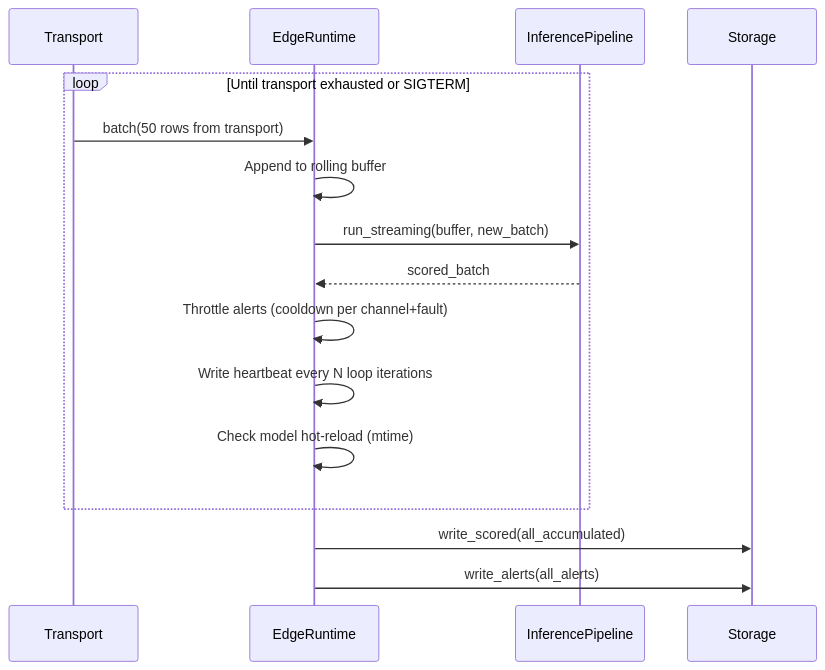
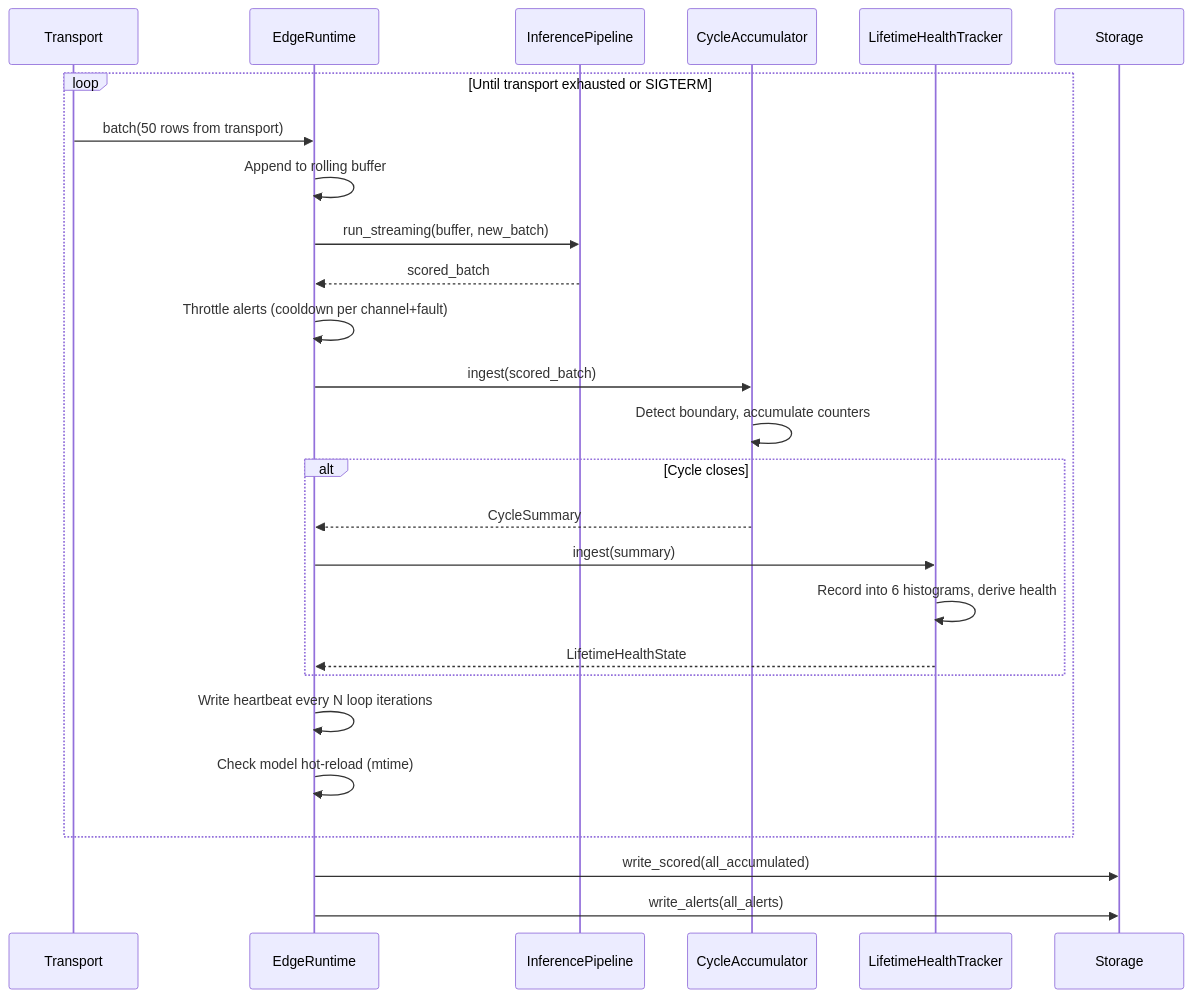
Before and after one commit to jayaprakash87/vehicle-intelligence-platform: the third of 4 diagrams in docs/01_architecture.md, drawn with Mermaid. The commit also changed other lines of this file and 1 other file, not shown here.

Commit message:
feat(docs): enhance cycle and lifetime health documentation with detailed histogram tracking and processing layers

````diff
--- a/docs/01_architecture.md
+++ b/docs/01_architecture.md
@@ -101,19 +101,29 @@
 ```mermaid
 sequenceDiagram
     participant Transport
     participant EdgeRuntime
     participant InferencePipeline
+    participant CycleAccumulator
+    participant LifetimeHealthTracker
     participant Storage
 
     loop Until transport exhausted or SIGTERM
         Transport->>EdgeRuntime: batch(50 rows from transport)
         EdgeRuntime->>EdgeRuntime: Append to rolling buffer
         EdgeRuntime->>InferencePipeline: run_streaming(buffer, new_batch)
         InferencePipeline-->>EdgeRuntime: scored_batch
         EdgeRuntime->>EdgeRuntime: Throttle alerts (cooldown per channel+fault)
+        EdgeRuntime->>CycleAccumulator: ingest(scored_batch)
+        CycleAccumulator->>CycleAccumulator: Detect boundary, accumulate counters
+        alt Cycle closes
+            CycleAccumulator-->>EdgeRuntime: CycleSummary
+            EdgeRuntime->>LifetimeHealthTracker: ingest(summary)
+            LifetimeHealthTracker->>LifetimeHealthTracker: Record into 6 histograms, derive health
+            LifetimeHealthTracker-->>EdgeRuntime: LifetimeHealthState
+        end
         EdgeRuntime->>EdgeRuntime: Write heartbeat every N loop iterations
         EdgeRuntime->>EdgeRuntime: Check model hot-reload (mtime)
     end
     EdgeRuntime->>Storage: write_scored(all_accumulated)
     EdgeRuntime->>Storage: write_alerts(all_alerts)
 ```
````
